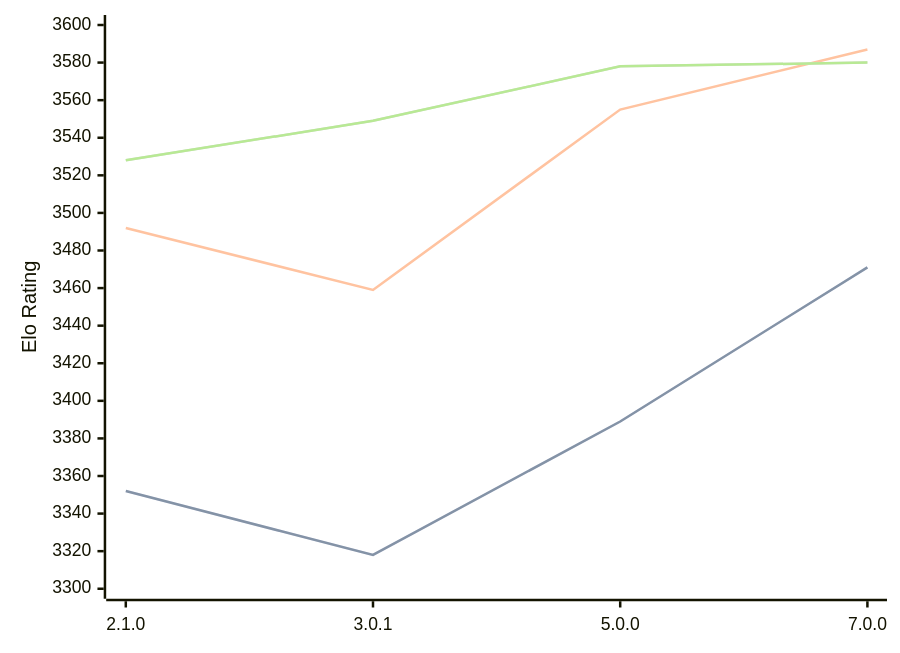
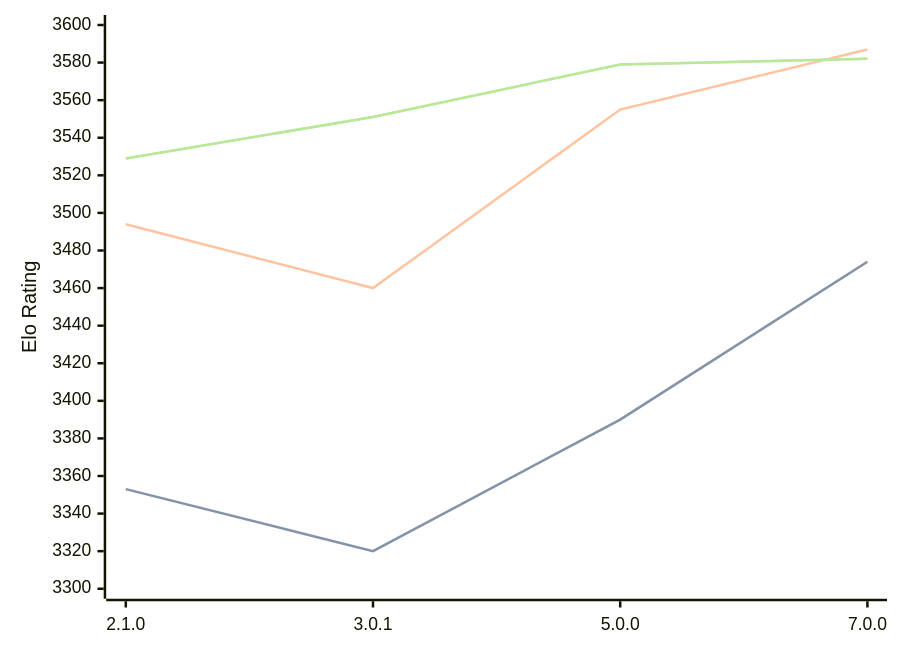
The diagram in engines/PlentyChess.md (computer-chess-index/cci), drawn with Mermaid before and after one commit. The commit also changed other lines of this file, not shown here.

Commit message:
Update CCI Ratings (ELO VLTC) - 2026-04-07

````diff
--- a/engines/PlentyChess.md
+++ b/engines/PlentyChess.md
@@ -45,11 +45,11 @@
 ```mermaid
 %%{init: {"theme":"base","themeVariables":{"seriesColors:['#a3a3a3','#222221','#faa371']}}}%%
 xychart-beta
   x-axis ["2.1.0", "3.0.1", "5.0.0", "7.0.0"]
   y-axis "Elo Rating" 3300 --> 3600
-  line "STC (8.0+0.08s)" [3352, 3318, 3389, 3471]
-  line "STC (8.0+0.08s)" [3352, 3318, 3389, 3471]
-  line "LTC (60.0+0.60s)" [3492, 3459, 3555, 3587]
-  line "VLTC (2m24s+1.12s)" [3528, 3549, 3578, 3580]
-  line "VLTC (2m24s+1.12s)" [3528, 3549, 3578, 3580]
+  line "STC (8.0+0.08s)" [3353, 3320, 3390, 3474]
+  line "STC (8.0+0.08s)" [3353, 3320, 3390, 3474]
+  line "LTC (60.0+0.60s)" [3494, 3460, 3555, 3587]
+  line "VLTC (2m24s+1.12s)" [3529, 3551, 3579, 3582]
+  line "VLTC (2m24s+1.12s)" [3529, 3551, 3579, 3582]
 ```
````
